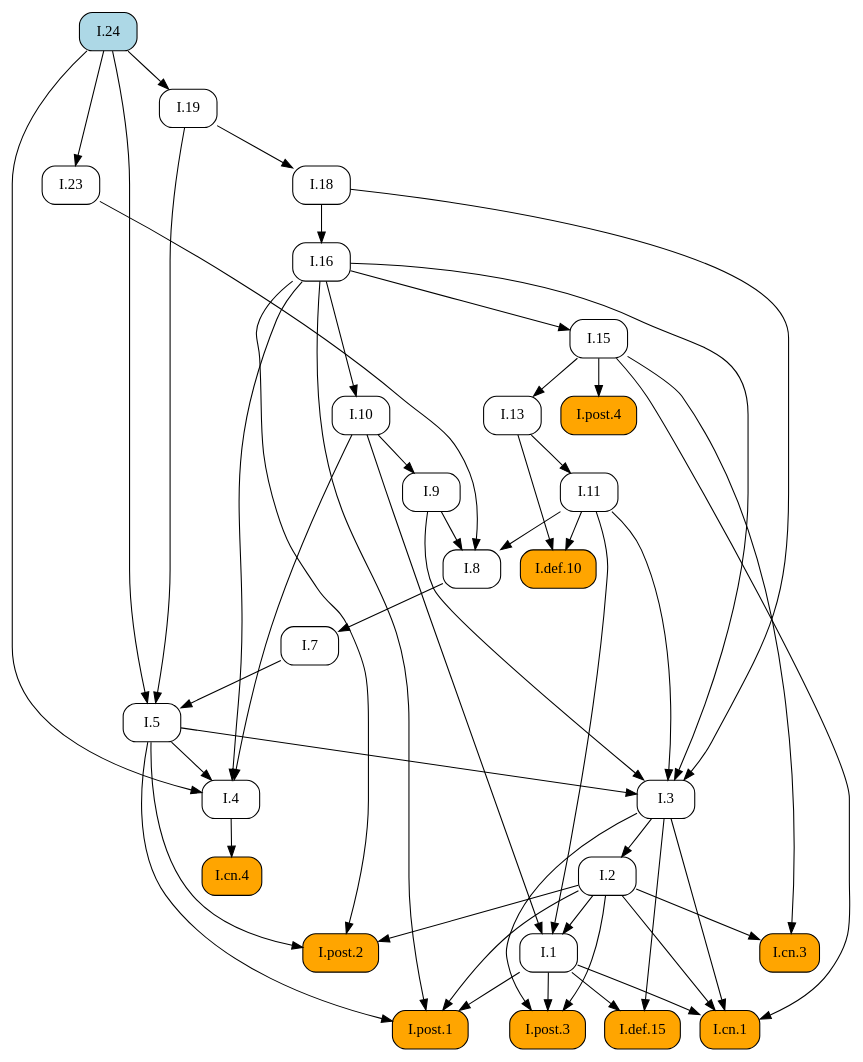
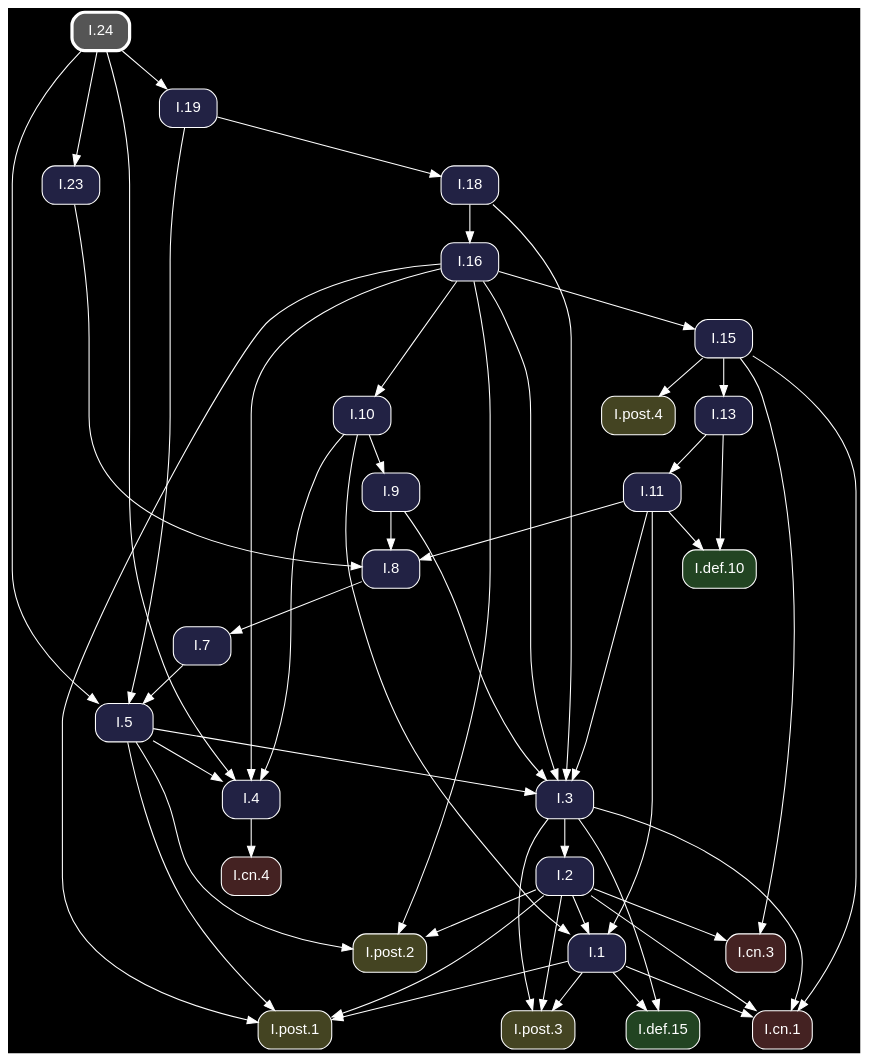
Before and after one commit to geometor/elements: the diagram in docsrc/heath/I/24/index.rst, drawn with Graphviz. The commit also changed other lines of this file and 1200 other files, not shown here.

Commit message:
update dependency graphs

```diff
--- a/docsrc/heath/I/24/index.rst
+++ b/docsrc/heath/I/24/index.rst
@@ -63,83 +63,85 @@
 .. graphviz::
 
    digraph {
+     bgcolor="black";
+     node [shape=box, style="rounded,filled", fontname="Helvetica", color="white", fontcolor="white"];
+     edge [color="white", fontcolor="white"];
      rankdir="TB";
-     node [shape=box, style=rounded];
-     "I.23" [URL="/heath/I/23/", target="_top"];
-     "I.9" [URL="/heath/I/9/", target="_top"];
-     "I.cn.1" [style="rounded,filled", fillcolor=orange, URL="/heath/I/cn.1/", target="_top"];
-     "I.7" [URL="/heath/I/7/", target="_top"];
-     "I.2" [URL="/heath/I/2/", target="_top"];
-     "I.def.15" [style="rounded,filled", fillcolor=orange, URL="/heath/I/def.15/", target="_top"];
-     "I.13" [URL="/heath/I/13/", target="_top"];
-     "I.post.4" [style="rounded,filled", fillcolor=orange, URL="/heath/I/post.4/", target="_top"];
-     "I.4" [URL="/heath/I/4/", target="_top"];
-     "I.1" [URL="/heath/I/1/", target="_top"];
-     "I.post.3" [style="rounded,filled", fillcolor=orange, URL="/heath/I/post.3/", target="_top"];
-     "I.post.1" [style="rounded,filled", fillcolor=orange, URL="/heath/I/post.1/", target="_top"];
-     "I.5" [URL="/heath/I/5/", target="_top"];
-     "I.19" [URL="/heath/I/19/", target="_top"];
-     "I.8" [URL="/heath/I/8/", target="_top"];
-     "I.cn.3" [style="rounded,filled", fillcolor=orange, URL="/heath/I/cn.3/", target="_top"];
-     "I.16" [URL="/heath/I/16/", target="_top"];
-     "I.def.10" [style="rounded,filled", fillcolor=orange, URL="/heath/I/def.10/", target="_top"];
-     "I.18" [URL="/heath/I/18/", target="_top"];
-     "I.15" [URL="/heath/I/15/", target="_top"];
-     "I.10" [URL="/heath/I/10/", target="_top"];
-     "I.11" [URL="/heath/I/11/", target="_top"];
-     "I.cn.4" [style="rounded,filled", fillcolor=orange, URL="/heath/I/cn.4/", target="_top"];
-     "I.post.2" [style="rounded,filled", fillcolor=orange, URL="/heath/I/post.2/", target="_top"];
-     "I.24" [style="rounded,filled", fillcolor=lightblue, URL="/heath/I/24/", target="_top"];
-     "I.3" [URL="/heath/I/3/", target="_top"];
-     "I.24" -> "I.23";
-     "I.10" -> "I.9";
-     "I.1" -> "I.cn.1";
-     "I.2" -> "I.cn.1";
-     "I.3" -> "I.cn.1";
-     "I.15" -> "I.cn.1";
-     "I.8" -> "I.7";
-     "I.3" -> "I.2";
-     "I.1" -> "I.def.15";
-     "I.3" -> "I.def.15";
-     "I.15" -> "I.13";
-     "I.15" -> "I.post.4";
-     "I.5" -> "I.4";
-     "I.10" -> "I.4";
-     "I.16" -> "I.4";
-     "I.24" -> "I.4";
-     "I.2" -> "I.1";
-     "I.10" -> "I.1";
-     "I.11" -> "I.1";
-     "I.1" -> "I.post.3";
-     "I.2" -> "I.post.3";
-     "I.3" -> "I.post.3";
-     "I.1" -> "I.post.1";
-     "I.2" -> "I.post.1";
-     "I.5" -> "I.post.1";
-     "I.16" -> "I.post.1";
-     "I.7" -> "I.5";
-     "I.19" -> "I.5";
-     "I.24" -> "I.5";
-     "I.24" -> "I.19";
-     "I.9" -> "I.8";
-     "I.11" -> "I.8";
-     "I.23" -> "I.8";
-     "I.2" -> "I.cn.3";
-     "I.15" -> "I.cn.3";
-     "I.18" -> "I.16";
-     "I.11" -> "I.def.10";
-     "I.13" -> "I.def.10";
-     "I.19" -> "I.18";
-     "I.16" -> "I.15";
-     "I.16" -> "I.10";
-     "I.13" -> "I.11";
-     "I.4" -> "I.cn.4";
-     "I.2" -> "I.post.2";
-     "I.5" -> "I.post.2";
-     "I.16" -> "I.post.2";
+     "I.3" [fillcolor="#222244", URL="/heath/I/3/", target="_top"];
+     "I.post.1" [fillcolor="#444422", URL="/heath/I/post.1/", target="_top"];
+     "I.cn.1" [fillcolor="#442222", URL="/heath/I/cn.1/", target="_top"];
+     "I.19" [fillcolor="#222244", URL="/heath/I/19/", target="_top"];
+     "I.def.10" [fillcolor="#224422", URL="/heath/I/def.10/", target="_top"];
+     "I.15" [fillcolor="#222244", URL="/heath/I/15/", target="_top"];
+     "I.11" [fillcolor="#222244", URL="/heath/I/11/", target="_top"];
+     "I.16" [fillcolor="#222244", URL="/heath/I/16/", target="_top"];
+     "I.cn.3" [fillcolor="#442222", URL="/heath/I/cn.3/", target="_top"];
+     "I.13" [fillcolor="#222244", URL="/heath/I/13/", target="_top"];
+     "I.2" [fillcolor="#222244", URL="/heath/I/2/", target="_top"];
+     "I.post.2" [fillcolor="#444422", URL="/heath/I/post.2/", target="_top"];
+     "I.24" [penwidth=3, color="white", fillcolor="#555555", URL="/heath/I/24/", target="_top"];
+     "I.cn.4" [fillcolor="#442222", URL="/heath/I/cn.4/", target="_top"];
+     "I.9" [fillcolor="#222244", URL="/heath/I/9/", target="_top"];
+     "I.1" [fillcolor="#222244", URL="/heath/I/1/", target="_top"];
+     "I.post.4" [fillcolor="#444422", URL="/heath/I/post.4/", target="_top"];
+     "I.23" [fillcolor="#222244", URL="/heath/I/23/", target="_top"];
+     "I.8" [fillcolor="#222244", URL="/heath/I/8/", target="_top"];
+     "I.4" [fillcolor="#222244", URL="/heath/I/4/", target="_top"];
+     "I.post.3" [fillcolor="#444422", URL="/heath/I/post.3/", target="_top"];
+     "I.18" [fillcolor="#222244", URL="/heath/I/18/", target="_top"];
+     "I.7" [fillcolor="#222244", URL="/heath/I/7/", target="_top"];
+     "I.def.15" [fillcolor="#224422", URL="/heath/I/def.15/", target="_top"];
+     "I.5" [fillcolor="#222244", URL="/heath/I/5/", target="_top"];
+     "I.10" [fillcolor="#222244", URL="/heath/I/10/", target="_top"];
      "I.5" -> "I.3";
      "I.9" -> "I.3";
      "I.11" -> "I.3";
      "I.16" -> "I.3";
      "I.18" -> "I.3";
+     "I.1" -> "I.post.1";
+     "I.2" -> "I.post.1";
+     "I.5" -> "I.post.1";
+     "I.16" -> "I.post.1";
+     "I.1" -> "I.cn.1";
+     "I.2" -> "I.cn.1";
+     "I.3" -> "I.cn.1";
+     "I.15" -> "I.cn.1";
+     "I.24" -> "I.19";
+     "I.11" -> "I.def.10";
+     "I.13" -> "I.def.10";
+     "I.16" -> "I.15";
+     "I.13" -> "I.11";
+     "I.18" -> "I.16";
+     "I.2" -> "I.cn.3";
+     "I.15" -> "I.cn.3";
+     "I.15" -> "I.13";
+     "I.3" -> "I.2";
+     "I.2" -> "I.post.2";
+     "I.5" -> "I.post.2";
+     "I.16" -> "I.post.2";
+     "I.4" -> "I.cn.4";
+     "I.10" -> "I.9";
+     "I.2" -> "I.1";
+     "I.10" -> "I.1";
+     "I.11" -> "I.1";
+     "I.15" -> "I.post.4";
+     "I.24" -> "I.23";
+     "I.9" -> "I.8";
+     "I.11" -> "I.8";
+     "I.23" -> "I.8";
+     "I.5" -> "I.4";
+     "I.10" -> "I.4";
+     "I.16" -> "I.4";
+     "I.24" -> "I.4";
+     "I.1" -> "I.post.3";
+     "I.2" -> "I.post.3";
+     "I.3" -> "I.post.3";
+     "I.19" -> "I.18";
+     "I.8" -> "I.7";
+     "I.1" -> "I.def.15";
+     "I.3" -> "I.def.15";
+     "I.7" -> "I.5";
+     "I.19" -> "I.5";
+     "I.24" -> "I.5";
+     "I.16" -> "I.10";
    }
```
